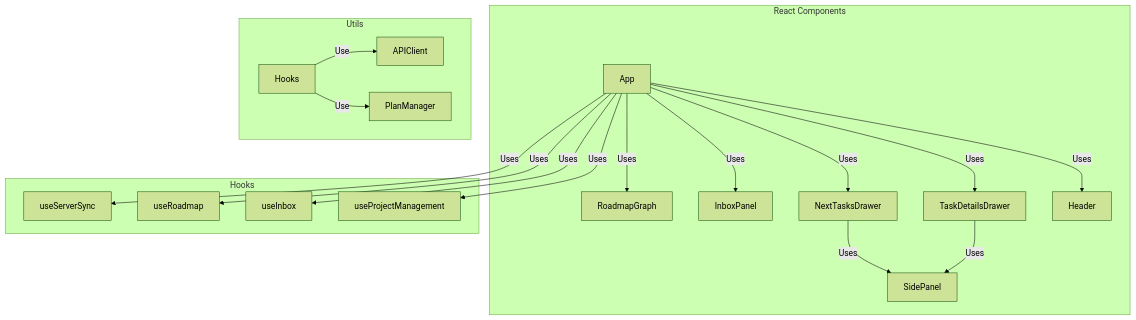
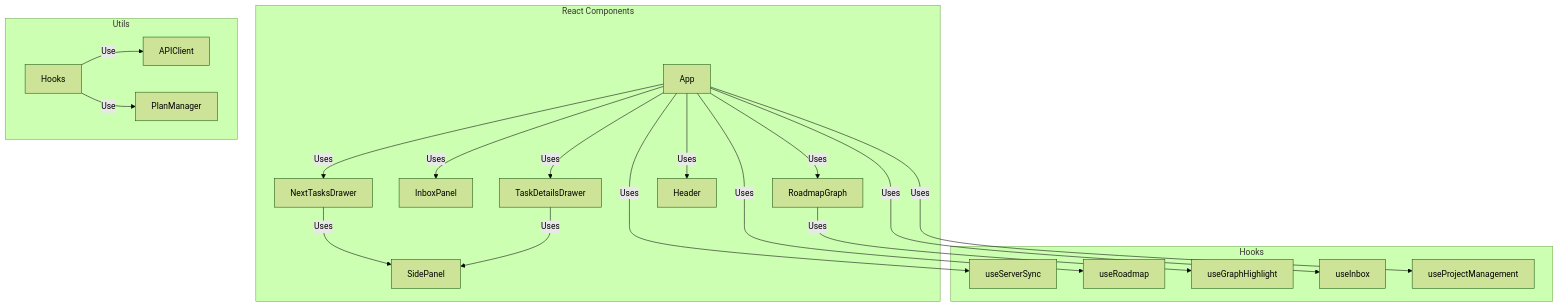
Before and after one commit to tantinlala/blossom-mcp: the diagram in docs/architecture/frontend.md, drawn with Mermaid (forest theme). The commit also changed other lines of this file and 7 other files, not shown here.

First line of the commit message:
Make dense dependency graphs readable

````diff
--- a/docs/architecture/frontend.md
+++ b/docs/architecture/frontend.md
@@ -3,22 +3,23 @@
 ```mermaid
 graph TD
     subgraph React Components
         App -->|Uses| RoadmapGraph
         App -->|Uses| InboxPanel
         App -->|Uses| NextTasksDrawer
         App -->|Uses| TaskDetailsDrawer
         App -->|Uses| Header
         NextTasksDrawer -->|Uses| SidePanel
         TaskDetailsDrawer -->|Uses| SidePanel
     end
     subgraph Hooks
         App -->|Uses| useServerSync
         App -->|Uses| useRoadmap
+        RoadmapGraph -->|Uses| useGraphHighlight
         App -->|Uses| useInbox
         App -->|Uses| useProjectManagement
     end
     subgraph Utils
         Hooks2[Hooks] -->|Use| APIClient
         Hooks2 -->|Use| PlanManager
     end
 ```
````
